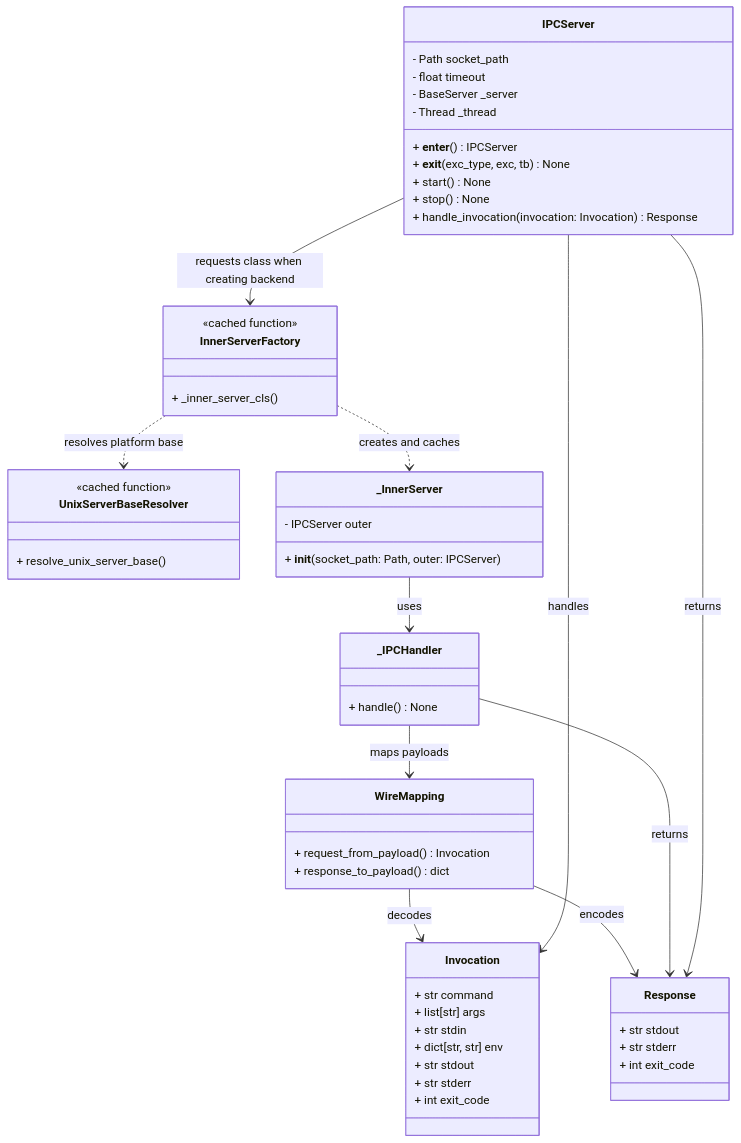
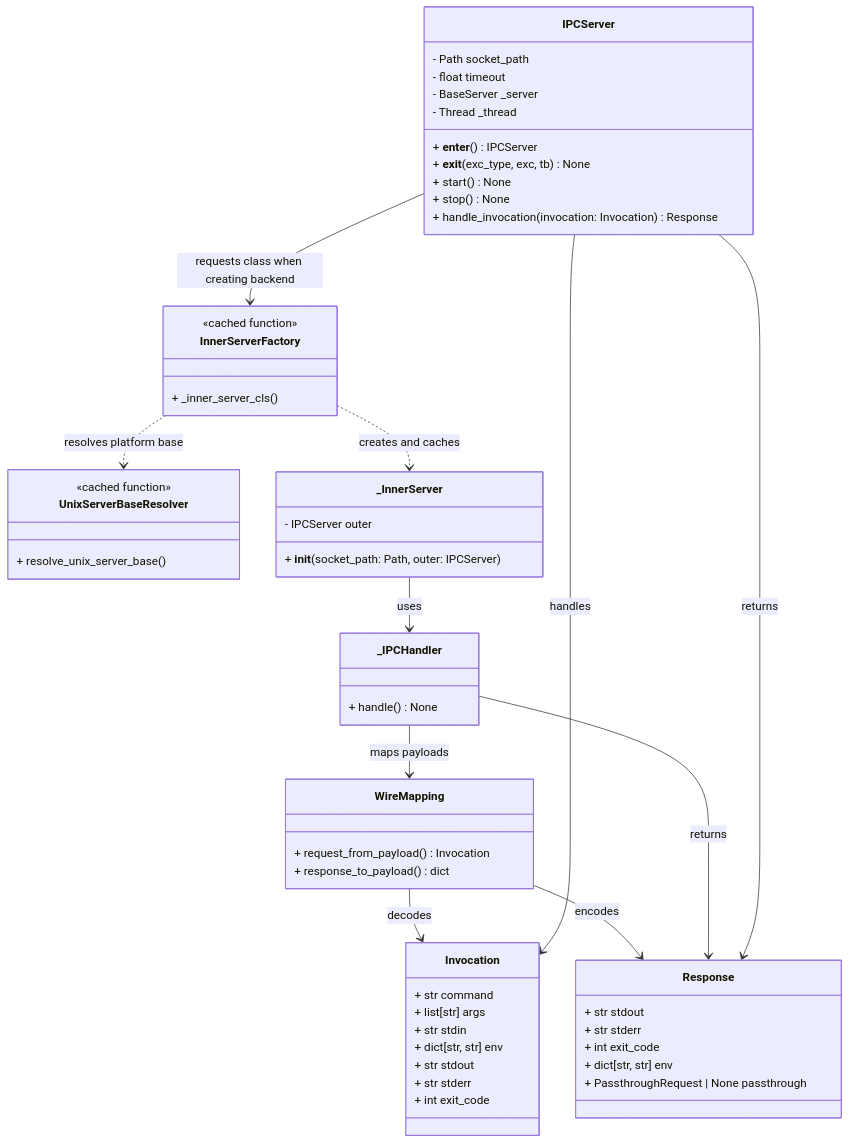
The ninth of 31 diagrams in docs/python-native-command-mocking-design.md (leynos/cmd-mox), drawn with Mermaid before and after one commit. The commit also changed 2 other files, not shown here.

Commit message:
Document IPC payload migration
Index next-release conversion guidance and complete the domain response diagram.

````diff
--- a/docs/python-native-command-mocking-design.md
+++ b/docs/python-native-command-mocking-design.md
@@ -982,57 +982,59 @@
 ```mermaid
 classDiagram
     class IPCServer {
         - Path socket_path
         - float timeout
         - BaseServer _server
         - Thread _thread
         + __enter__() IPCServer
         + __exit__(exc_type, exc, tb) None
         + start() None
         + stop() None
         + handle_invocation(invocation: Invocation) Response
     }
     class InnerServerFactory {
         <<cached function>>
         + _inner_server_cls()
     }
     class UnixServerBaseResolver {
         <<cached function>>
         + resolve_unix_server_base()
     }
     class _InnerServer {
         - IPCServer outer
         + __init__(socket_path: Path, outer: IPCServer)
     }
     class _IPCHandler {
         + handle() None
     }
     class Invocation {
         + str command
         + list[str] args
         + str stdin
         + dict[str, str] env
         + str stdout
         + str stderr
         + int exit_code
     }
     class Response {
         + str stdout
         + str stderr
         + int exit_code
+        + dict[str, str] env
+        + PassthroughRequest | None passthrough
     }
     IPCServer --> InnerServerFactory : requests class when creating backend
     InnerServerFactory ..> UnixServerBaseResolver : resolves platform base
     InnerServerFactory ..> _InnerServer : creates and caches
     _InnerServer --> _IPCHandler : uses
     class WireMapping {
         + request_from_payload() Invocation
         + response_to_payload() dict
     }
     _IPCHandler --> WireMapping : maps payloads
     WireMapping --> Invocation : decodes
     WireMapping --> Response : encodes
     _IPCHandler --> Response : returns
     IPCServer --> Invocation : handles
     IPCServer --> Response : returns
 ```
````
